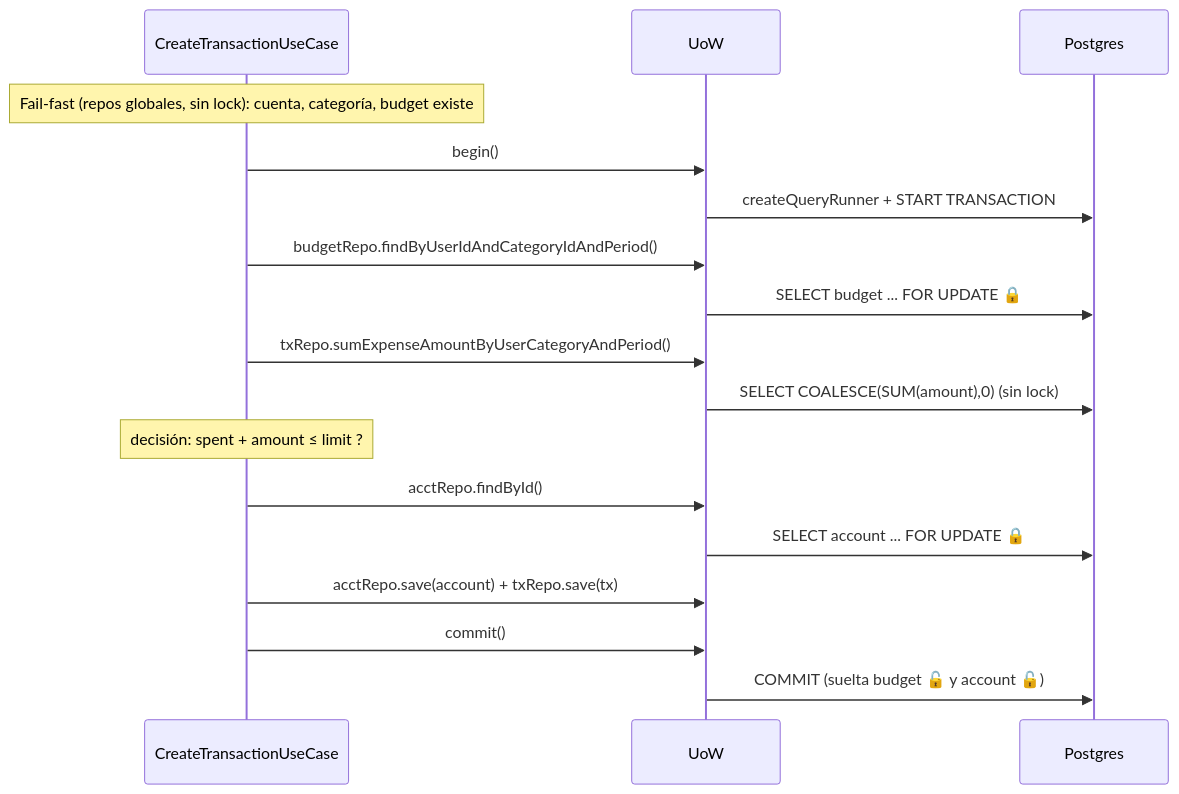
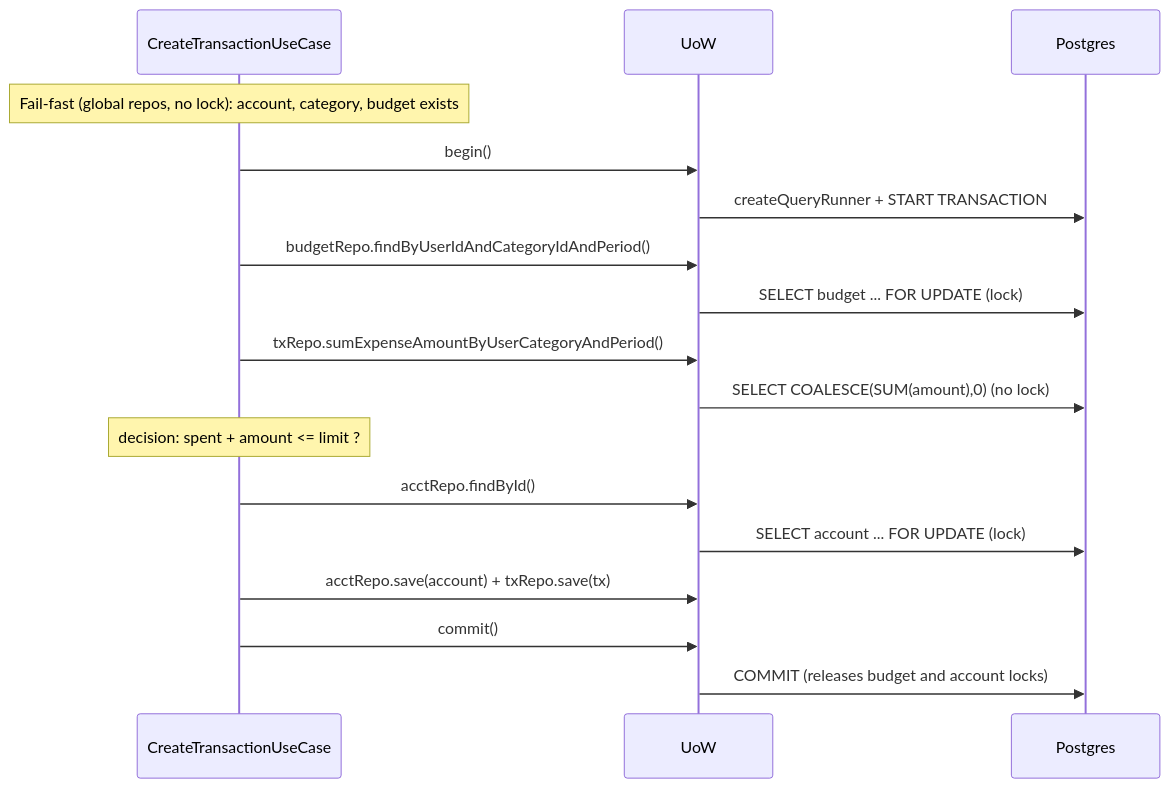
Before and after one commit to vicentera0957-arch/personal-finance-api: the first of 2 diagrams in docs/concurrency-model.md, drawn with Mermaid. The commit also changed other lines of this file and 21 other files, not shown here.

````diff
--- a/docs/concurrency-model.md
+++ b/docs/concurrency-model.md
@@ -274,20 +274,20 @@
 ```mermaid
 sequenceDiagram
     participant UC as CreateTransactionUseCase
     participant UoW
     participant DB as Postgres
 
-    Note over UC: Fail-fast (repos globales, sin lock): cuenta, categoría, budget existe
+    Note over UC: Fail-fast (global repos, no lock): account, category, budget exists
     UC->>UoW: begin()
     UoW->>DB: createQueryRunner + START TRANSACTION
     UC->>UoW: budgetRepo.findByUserIdAndCategoryIdAndPeriod()
-    UoW->>DB: SELECT budget ... FOR UPDATE  🔒
+    UoW->>DB: SELECT budget ... FOR UPDATE (lock)
     UC->>UoW: txRepo.sumExpenseAmountByUserCategoryAndPeriod()
-    UoW->>DB: SELECT COALESCE(SUM(amount),0)   (sin lock)
-    Note over UC: decisión: spent + amount ≤ limit ?
+    UoW->>DB: SELECT COALESCE(SUM(amount),0)   (no lock)
+    Note over UC: decision: spent + amount <= limit ?
     UC->>UoW: acctRepo.findById()
-    UoW->>DB: SELECT account ... FOR UPDATE  🔒
+    UoW->>DB: SELECT account ... FOR UPDATE (lock)
     UC->>UoW: acctRepo.save(account) + txRepo.save(tx)
     UC->>UoW: commit()
-    UoW->>DB: COMMIT  (suelta budget 🔓 y account 🔓)
+    UoW->>DB: COMMIT  (releases budget and account locks)
 ```
````
